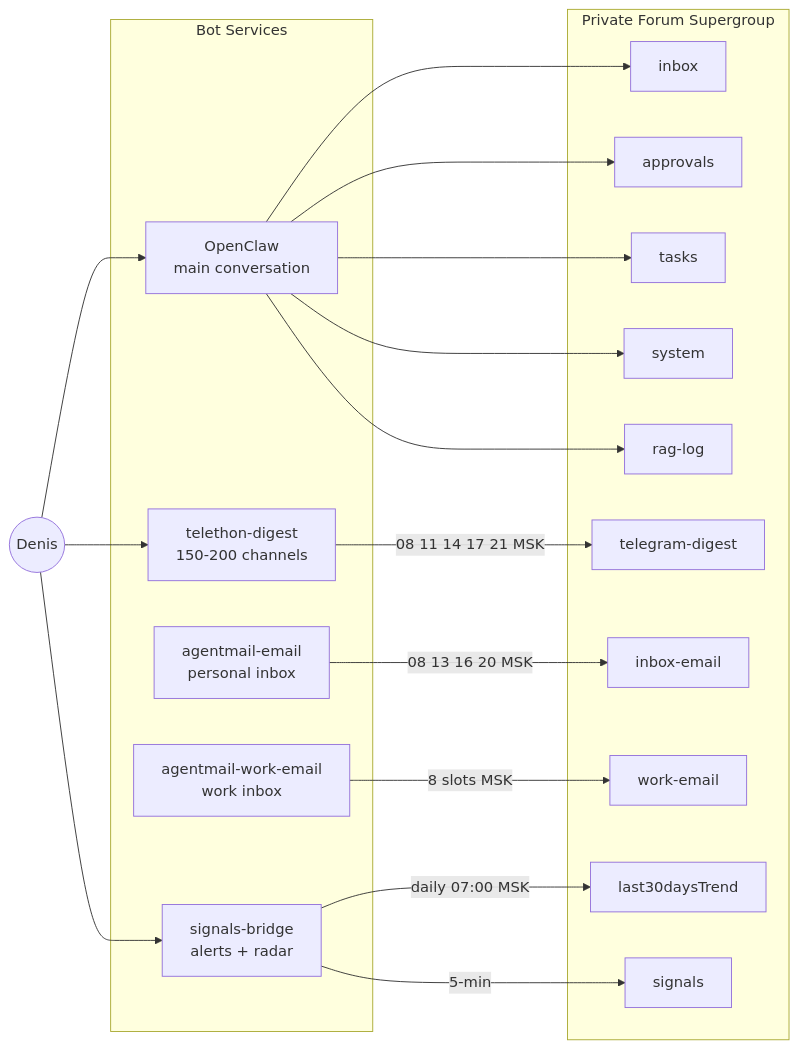
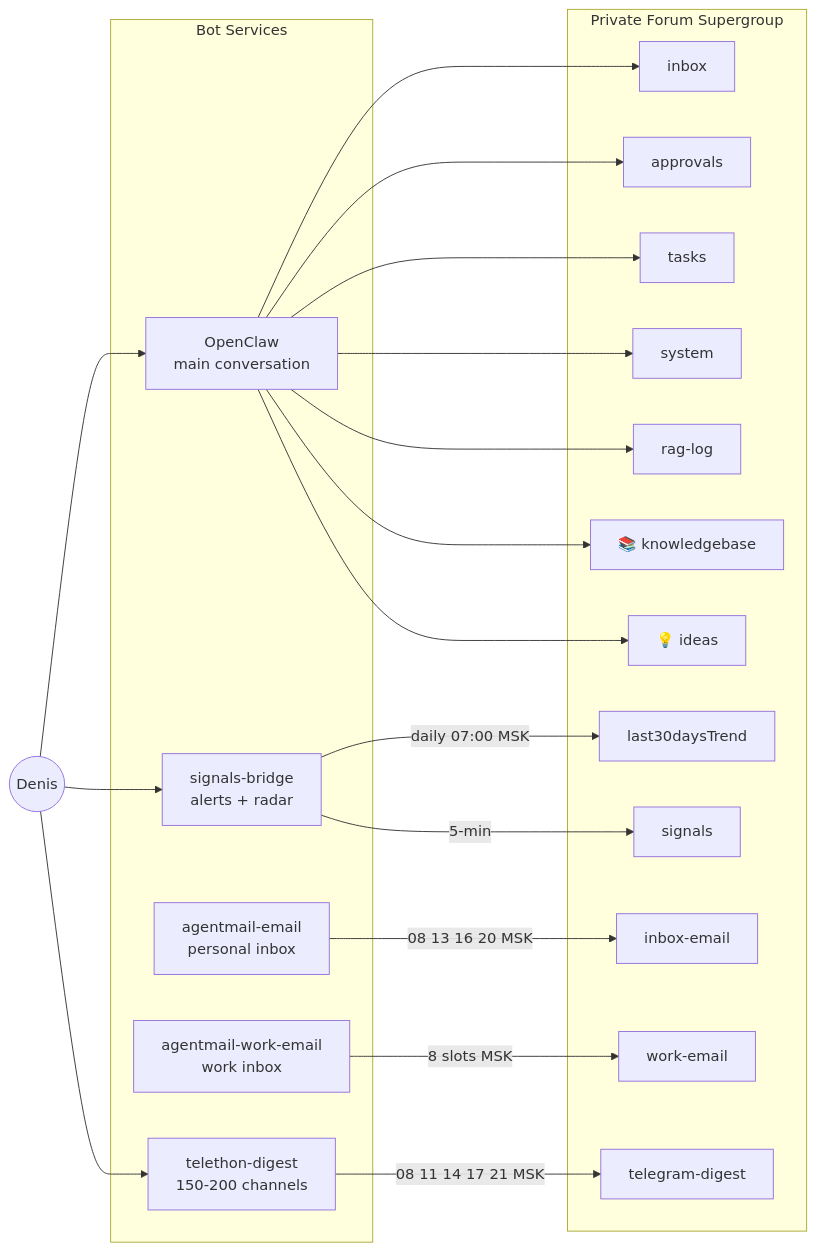
One commit to eiler2005/clawden-ai changed the fourth of 4 diagrams in README.md. Above: the diagram before and after it, drawn with Mermaid. The commit also changed other lines of this file and 3 other files, not shown here.

First line of the commit message:
Fix missing Knowledgebase + Ideas in README diagram, surface table, and docs

````diff
--- a/README.md
+++ b/README.md
@@ -373,33 +373,36 @@
 ```mermaid
 flowchart LR
     Denis(("Denis"))
 
     subgraph Services["Bot Services"]
         OC["OpenClaw\nmain conversation"]
         TD["telethon-digest\n150-200 channels"]
         AE["agentmail-email\npersonal inbox"]
         AWE["agentmail-work-email\nwork inbox"]
         SB["signals-bridge\nalerts + radar"]
     end
 
     subgraph SG["Private Forum Supergroup"]
         inbox["inbox"]
         approvals["approvals"]
         tasks["tasks"]
         system["system"]
         raglog["rag-log"]
         tgdigest["telegram-digest"]
         inboxemail["inbox-email"]
         workemail["work-email"]
         radar["last30daysTrend"]
         signals["signals"]
+        knowledgebase["📚 knowledgebase"]
+        ideas["💡 ideas"]
     end
 
     Denis --> OC & SB & TD
     OC --> inbox & approvals & tasks & system & raglog
+    OC --> knowledgebase & ideas
     TD -->|"08 11 14 17 21 MSK"| tgdigest
     AE -->|"08 13 16 20 MSK"| inboxemail
     AWE -->|"8 slots MSK"| workemail
     SB -->|"daily 07:00 MSK"| radar
     SB -->|"5-min"| signals
 ```
````
